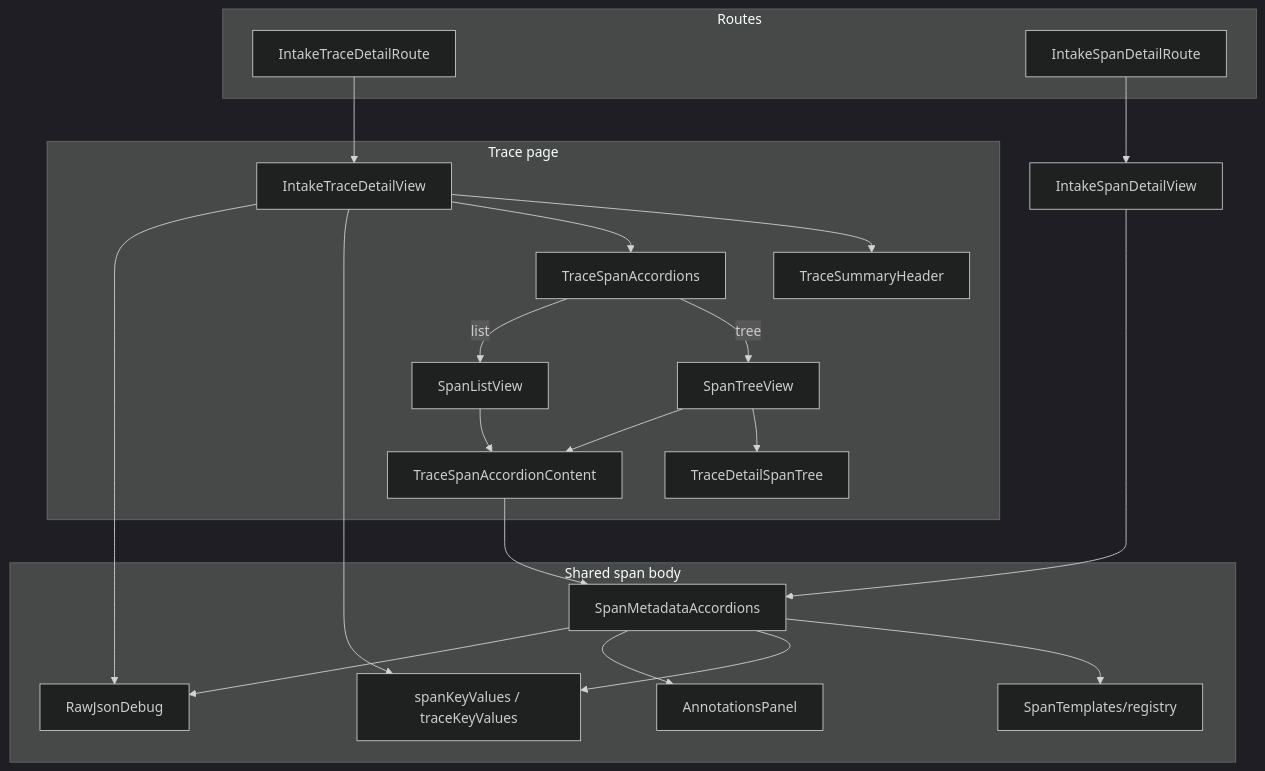
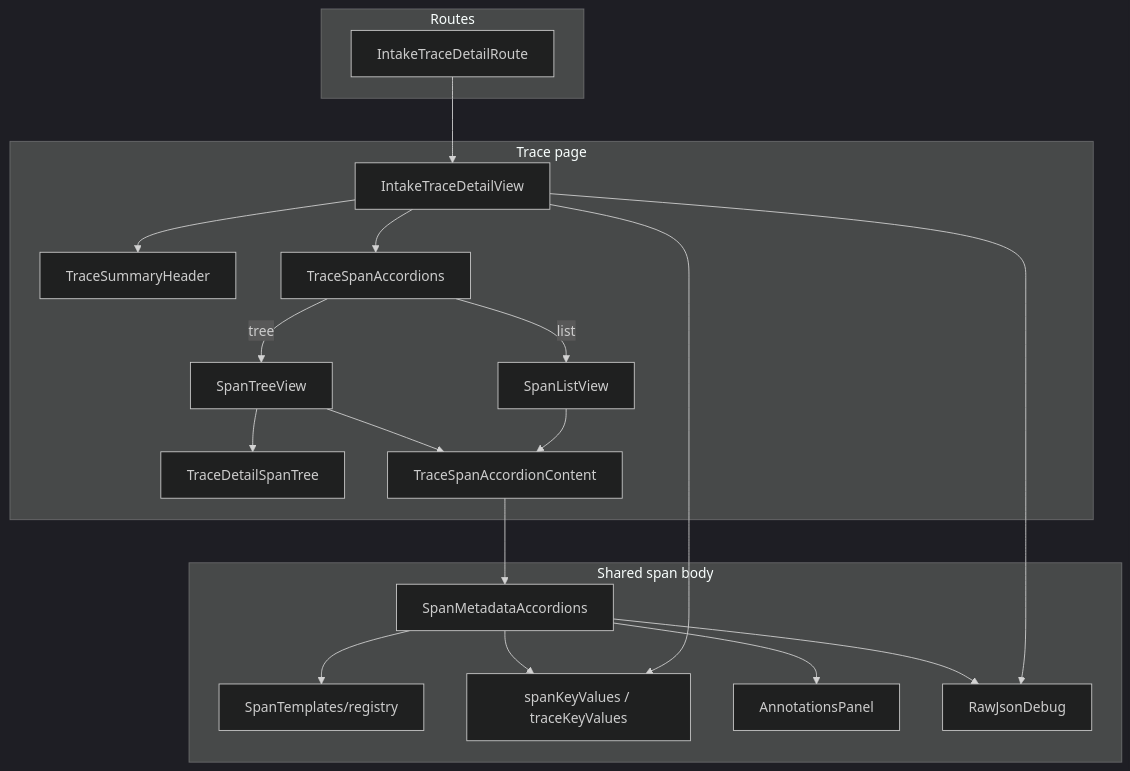
Before and after one commit to NVIDIA-NeMo/nemo-platform: the diagram in web/packages/studio/src/components/IntakeDetail/README.md, drawn with Mermaid (dark theme). The commit also changed other lines of this file and 46 other files, not shown here.

````diff
--- a/web/packages/studio/src/components/IntakeDetail/README.md
+++ b/web/packages/studio/src/components/IntakeDetail/README.md
@@ -15,43 +15,40 @@
 ```mermaid
 flowchart TB
   subgraph routes [Routes]
     TR[IntakeTraceDetailRoute]
-    SR[IntakeSpanDetailRoute]
   end
 
   subgraph trace [Trace page]
     TDV[IntakeTraceDetailView]
     TSH[TraceSummaryHeader]
     TSA[TraceSpanAccordions]
     STV[SpanTreeView]
     SLV[SpanListView]
     TST[TraceDetailSpanTree]
     TAC[TraceSpanAccordionContent]
   end
 
   subgraph spanBody [Shared span body]
     SMA[SpanMetadataAccordions]
     REG[SpanTemplates/registry]
     SKV[spanKeyValues / traceKeyValues]
     IAP[AnnotationsPanel]
     RJD[RawJsonDebug]
   end
 
   TR --> TDV
-  SR --> SDV[IntakeSpanDetailView]
   TDV --> TSH
   TDV --> TSA
   TSA -->|tree| STV
   TSA -->|list| SLV
   STV --> TST
   STV --> TAC
   SLV --> TAC
   TAC --> SMA
-  SDV --> SMA
   SMA --> REG
   SMA --> SKV
   SMA --> IAP
   SMA --> RJD
   TDV --> SKV
   TDV --> RJD
 ```
````
